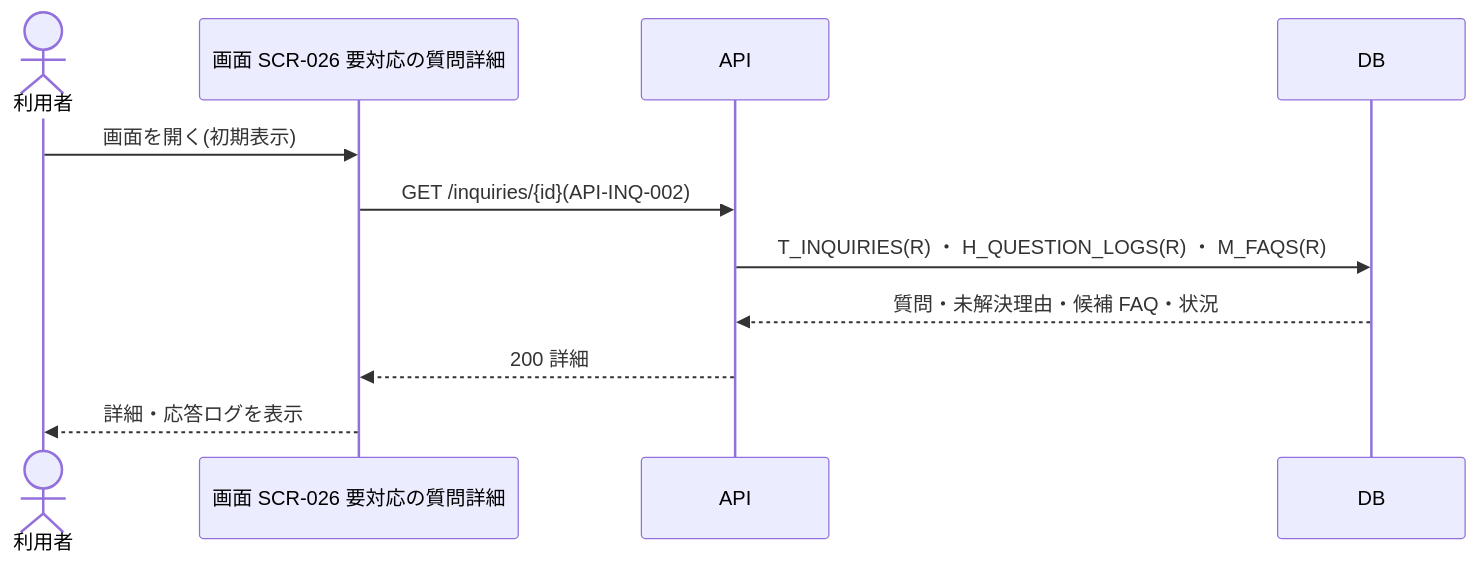
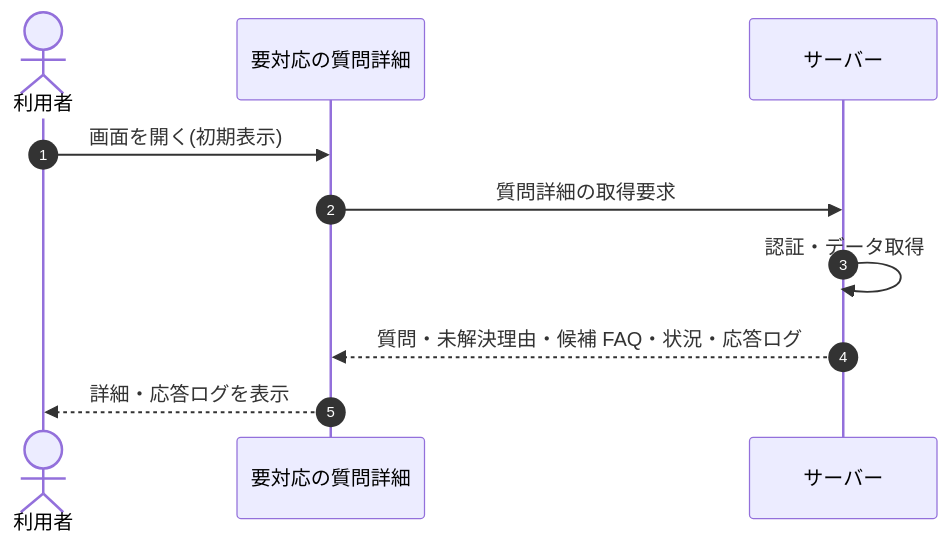
The diagram in 02_basic_design/05_sequences/SEQ-021.md (sikakou54/open-faq), drawn with Mermaid before and after one commit. The commit also changed other lines of this file and 108 other files, not shown here.

First line of the commit message:
基本設計: シーケンス図を基本設計粒度(ユーザー/画面/サーバー)へ再編成

````diff
--- a/02_basic_design/05_sequences/SEQ-021.md
+++ b/02_basic_design/05_sequences/SEQ-021.md
@@ -25,13 +32,12 @@
 ```mermaid
 sequenceDiagram
+  autonumber
   actor U as 利用者
-  participant S as 画面 SCR-026 要対応の質問詳細
-  participant API as API
-  participant DB as DB
-  U->>S: 画面を開く(初期表示)
-  S->>API: GET /inquiries/{id}(API-INQ-002)
-  API->>DB: T_INQUIRIES(R) ・ H_QUESTION_LOGS(R) ・ M_FAQS(R)
-  DB-->>API: 質問・未解決理由・候補 FAQ・状況
-  API-->>S: 200 詳細
-  S-->>U: 詳細・応答ログを表示
+  participant Screen as 要対応の質問詳細
+  participant Server as サーバー
+  U->>Screen: 画面を開く(初期表示)
+  Screen->>Server: 質問詳細の取得要求
+  Server->>Server: 認証・データ取得
+  Server-->>Screen: 質問・未解決理由・候補 FAQ・状況・応答ログ
+  Screen-->>U: 詳細・応答ログを表示
 ```
````
